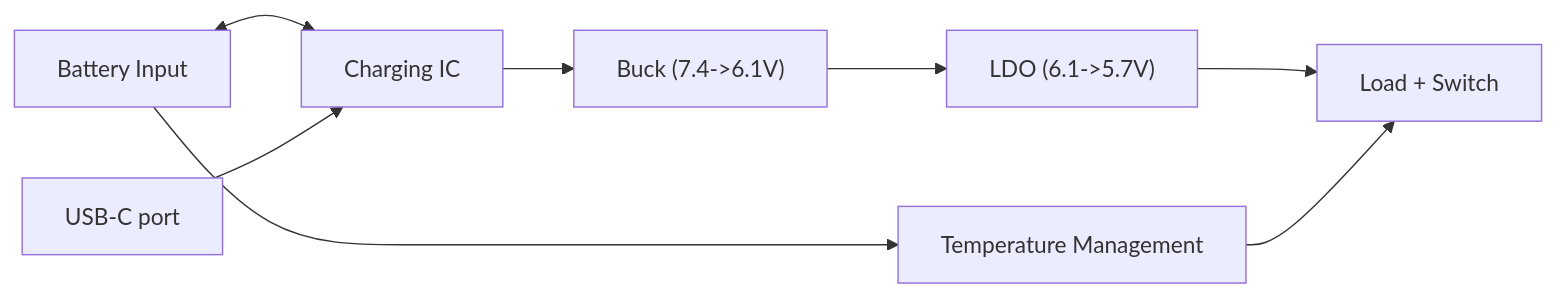
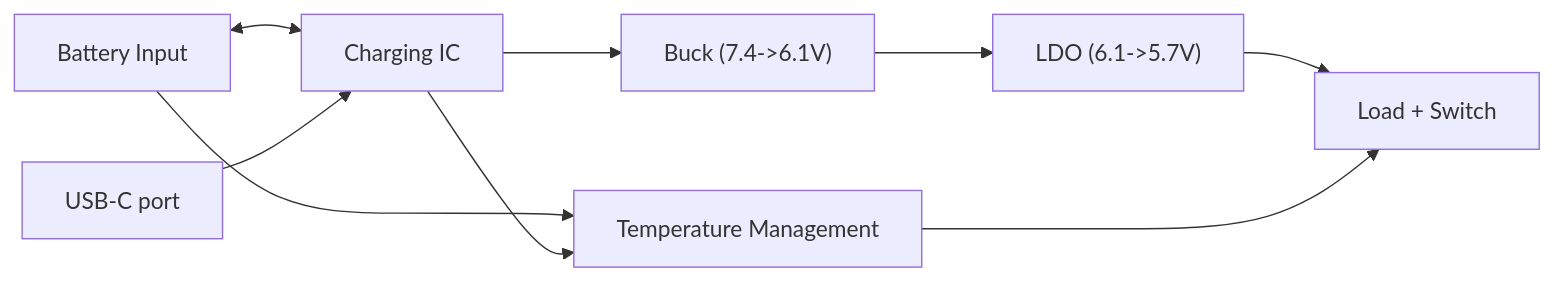
Before and after one commit to N-Pulse/EEG-HW-System: the diagram in docs/DSD-POWER-BOARD.md, drawn with Mermaid.

Commit message:
docs : should be the last one for the flowchart

````diff
--- a/docs/DSD-POWER-BOARD.md
+++ b/docs/DSD-POWER-BOARD.md
@@ -143,10 +143,11 @@
 ```mermaid
 flowchart LR
     A["Battery Input"] <--> B["Charging IC"]
     C["USB-C port"] --> B
     A --> D["Temperature Management"]
+    B --> D
     B --> E["Buck (7.4->6.1V)"]
     E --> F["LDO (6.1->5.7V)"]
     F --> G["Load + Switch"]
     D --> G
 ```
````
